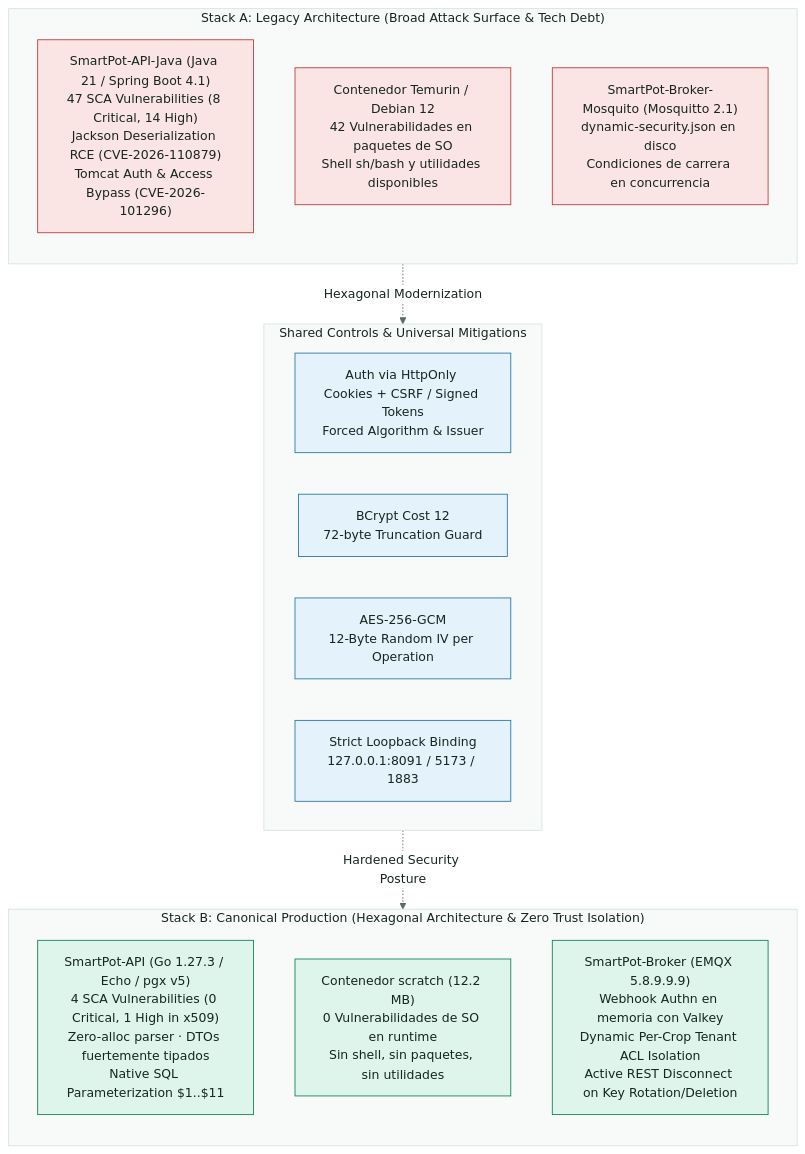
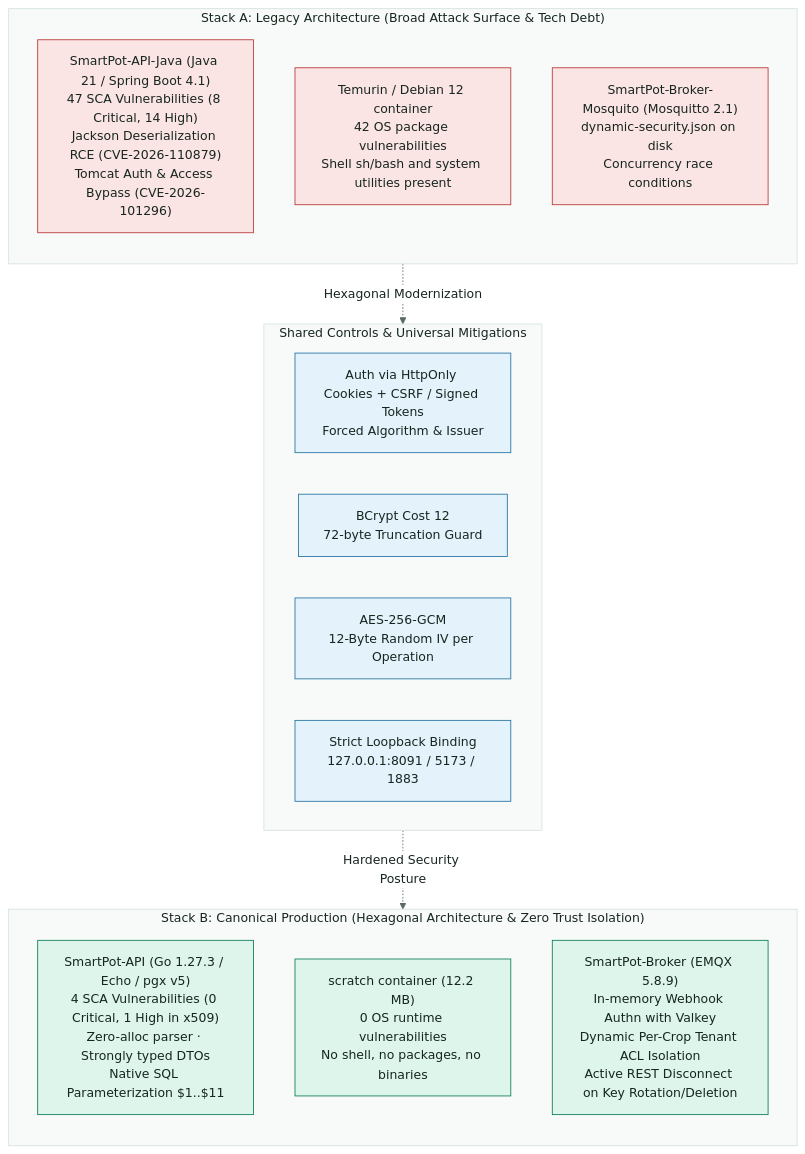
Before and after one commit to SmartPotTech/.github: the diagram in docs/SmartPot_Security_Scan_AB.md, drawn with Mermaid. The commit also changed 78 other files, not shown here.

Commit message:
docs(architecture): update and standardize architecture diagrams via archify [skip deploy] #no-deploy

````diff
--- a/docs/SmartPot_Security_Scan_AB.md
+++ b/docs/SmartPot_Security_Scan_AB.md
@@ -157,38 +157,38 @@
 ```mermaid
 %%{init: {"theme": "base", "fontFamily": "Segoe UI, Arial, sans-serif", "themeVariables": {"fontFamily": "Segoe UI, Arial, sans-serif", "fontSize": "15px", "primaryColor": "#DDF5EA", "primaryTextColor": "#17261F", "primaryBorderColor": "#067A52", "secondaryColor": "#E3F2FB", "secondaryTextColor": "#17261F", "secondaryBorderColor": "#1F6FA0", "tertiaryColor": "#F2F7F4", "tertiaryTextColor": "#17261F", "tertiaryBorderColor": "#D5E3DC", "lineColor": "#5B6B63", "textColor": "#17261F", "mainBkg": "#DDF5EA", "nodeBorder": "#067A52", "clusterBkg": "#F7FAF8", "clusterBorder": "#D5E3DC", "edgeLabelBackground": "#FFFFFF", "actorBkg": "#067A52", "actorBorder": "#0B3D2B", "actorTextColor": "#FFFFFF", "actorLineColor": "#5B6B63", "signalColor": "#17261F", "signalTextColor": "#17261F", "labelBoxBkgColor": "#0B3D2B", "labelBoxBorderColor": "#0B3D2B", "labelTextColor": "#FFFFFF", "loopTextColor": "#0B3D2B", "noteBkgColor": "#FDF4DD", "noteBorderColor": "#C98D12", "noteTextColor": "#17261F", "activationBkgColor": "#DDF5EA", "activationBorderColor": "#067A52", "attributeBackgroundColorOdd": "#FFFFFF", "attributeBackgroundColorEven": "#F2F7F4"}}}%%
 flowchart TD
   subgraph STACK_A["Stack A: Legacy Architecture (Broad Attack Surface & Tech Debt)"]
     direction TB
     A_API["SmartPot-API-Java (Java 21 / Spring Boot 4.1)<br/>47 SCA Vulnerabilities (8 Critical, 14 High)<br/>Jackson Deserialization RCE (CVE-2026-110879)<br/>Tomcat Auth & Access Bypass (CVE-2026-101296)"]
-    A_SO["Contenedor Temurin / Debian 12<br/>42 Vulnerabilidades en paquetes de SO<br/>Shell sh/bash y utilidades disponibles"]
-    A_BROKER["SmartPot-Broker-Mosquito (Mosquitto 2.1)<br/>dynamic-security.json en disco<br/>Condiciones de carrera en concurrencia"]
+    A_SO["Temurin / Debian 12 container<br/>42 OS package vulnerabilities<br/>Shell sh/bash and system utilities present"]
+    A_BROKER["SmartPot-Broker-Mosquito (Mosquitto 2.1)<br/>dynamic-security.json on disk<br/>Concurrency race conditions"]
   end
 
   subgraph CONTROLS["Shared Controls & Universal Mitigations"]
     direction LR
     AUTH["Auth via HttpOnly Cookies + CSRF / Signed Tokens<br/>Forced Algorithm & Issuer"]
     PASSWD["BCrypt Cost 12<br/>72-byte Truncation Guard"]
     CRYPTO["AES-256-GCM<br/>12-Byte Random IV per Operation"]
     PORTS["Strict Loopback Binding<br/>127.0.0.1:8091 / 5173 / 1883"]
   end
 
   subgraph STACK_B["Stack B: Canonical Production (Hexagonal Architecture & Zero Trust Isolation)"]
     direction TB
-    B_API["SmartPot-API (Go 1.27.3 / Echo / pgx v5)<br/>4 SCA Vulnerabilities (0 Critical, 1 High in x509)<br/>Zero-alloc parser · DTOs fuertemente tipados<br/>Native SQL Parameterization $1..$11"]
-    B_SO["Contenedor scratch (12.2 MB)<br/>0 Vulnerabilidades de SO en runtime<br/>Sin shell, sin paquetes, sin utilidades"]
-    B_BROKER["SmartPot-Broker (EMQX 5.8.9.9.9)<br/>Webhook Authn en memoria con Valkey<br/>Dynamic Per-Crop Tenant ACL Isolation<br/>Active REST Disconnect on Key Rotation/Deletion"]
+    B_API["SmartPot-API (Go 1.27.3 / Echo / pgx v5)<br/>4 SCA Vulnerabilities (0 Critical, 1 High in x509)<br/>Zero-alloc parser · Strongly typed DTOs<br/>Native SQL Parameterization $1..$11"]
+    B_SO["scratch container (12.2 MB)<br/>0 OS runtime vulnerabilities<br/>No shell, no packages, no binaries"]
+    B_BROKER["SmartPot-Broker (EMQX 5.8.9)<br/>In-memory Webhook Authn with Valkey<br/>Dynamic Per-Crop Tenant ACL Isolation<br/>Active REST Disconnect on Key Rotation/Deletion"]
   end
 
   STACK_A -.->|"Hexagonal Modernization"| CONTROLS
   CONTROLS -.->|"Hardened Security Posture"| STACK_B
 
   classDef core fill:#DDF5EA,stroke:#067A52,color:#17261F
   classDef platform fill:#E3F2FB,stroke:#1F6FA0,color:#17261F
   classDef store fill:#F2F7F4,stroke:#5B6B63,color:#17261F
   classDef device fill:#FDF4DD,stroke:#C98D12,color:#17261F
   classDef alert fill:#FBE4E4,stroke:#B83232,color:#17261F
 
   class B_API,B_SO,B_BROKER core
   class AUTH,PASSWD,CRYPTO,PORTS platform
   class A_API,A_SO,A_BROKER alert
 ```
````
